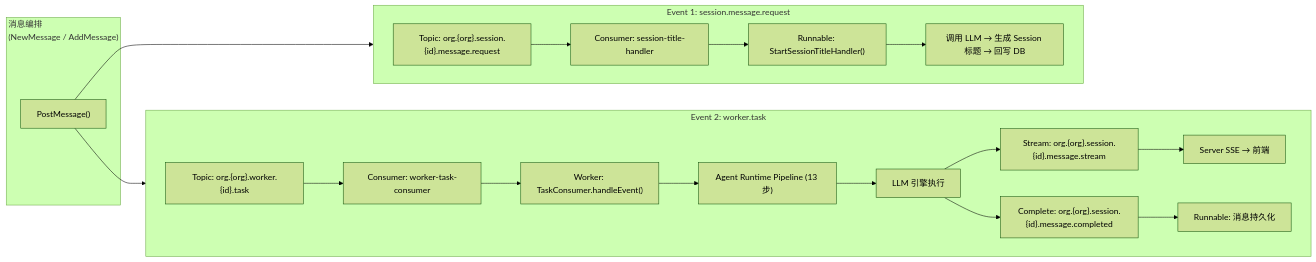
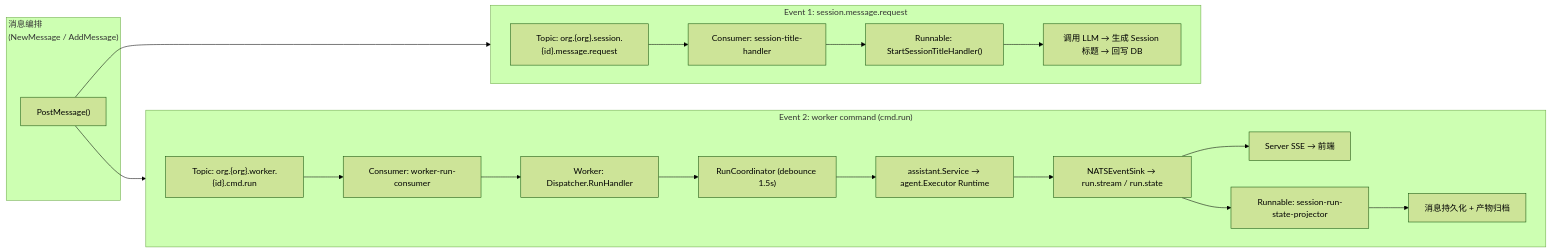
The fourth of 4 diagrams in agent-product/leros/api-analysis.md (morehao/oss-insights), drawn with Mermaid (forest theme) before and after one commit. The commit also changed other lines of this file and 4 other files, not shown here.

Commit message:
docs(leros): update architecture and data flow documents

````diff
--- a/agent-product/leros/api-analysis.md
+++ b/agent-product/leros/api-analysis.md
@@ -441,28 +441,28 @@
 ```mermaid
 graph LR
     subgraph NewMessage["消息编排<br/>(NewMessage / AddMessage)"]
         A["PostMessage()"]
     end
 
     subgraph Stream1["Event 1: session.message.request"]
         direction LR
         B1["Topic: org.{org}.session.{id}.message.request"] --> C1["Consumer: session-title-handler"]
         C1 --> D1["Runnable: StartSessionTitleHandler()"]
         D1 --> E1["调用 LLM → 生成 Session 标题 → 回写 DB"]
     end
 
-    subgraph Stream2["Event 2: worker.task"]
+    subgraph Stream2["Event 2: worker command (cmd.run)"]
         direction LR
-        B2["Topic: org.{org}.worker.{id}.task"] --> C2["Consumer: worker-task-consumer"]
-        C2 --> D2["Worker: TaskConsumer.handleEvent()"]
-        D2 --> E2["Agent Runtime Pipeline (13 步)"]
-        E2 --> F2["LLM 引擎执行"]
-        F2 --> G2["Stream: org.{org}.session.{id}.message.stream"]
+        B2["Topic: org.{org}.worker.{id}.cmd.run"] --> C2["Consumer: worker-run-consumer"]
+        C2 --> D2["Worker: Dispatcher.RunHandler"]
+        D2 --> E2["RunCoordinator (debounce 1.5s)"]
+        E2 --> F2["assistant.Service → agent.Executor Runtime"]
+        F2 --> G2["NATSEventSink → run.stream / run.state"]
         G2 --> H2["Server SSE → 前端"]
-        F2 --> I2["Complete: org.{org}.session.{id}.message.completed"]
-        I2 --> J2["Runnable: 消息持久化"]
+        G2 --> I2["Runnable: session-run-state-projector"]
+        I2 --> J2["消息持久化 + 产物归档"]
     end
 
     A --> Stream1
     A --> Stream2
 ```
````
